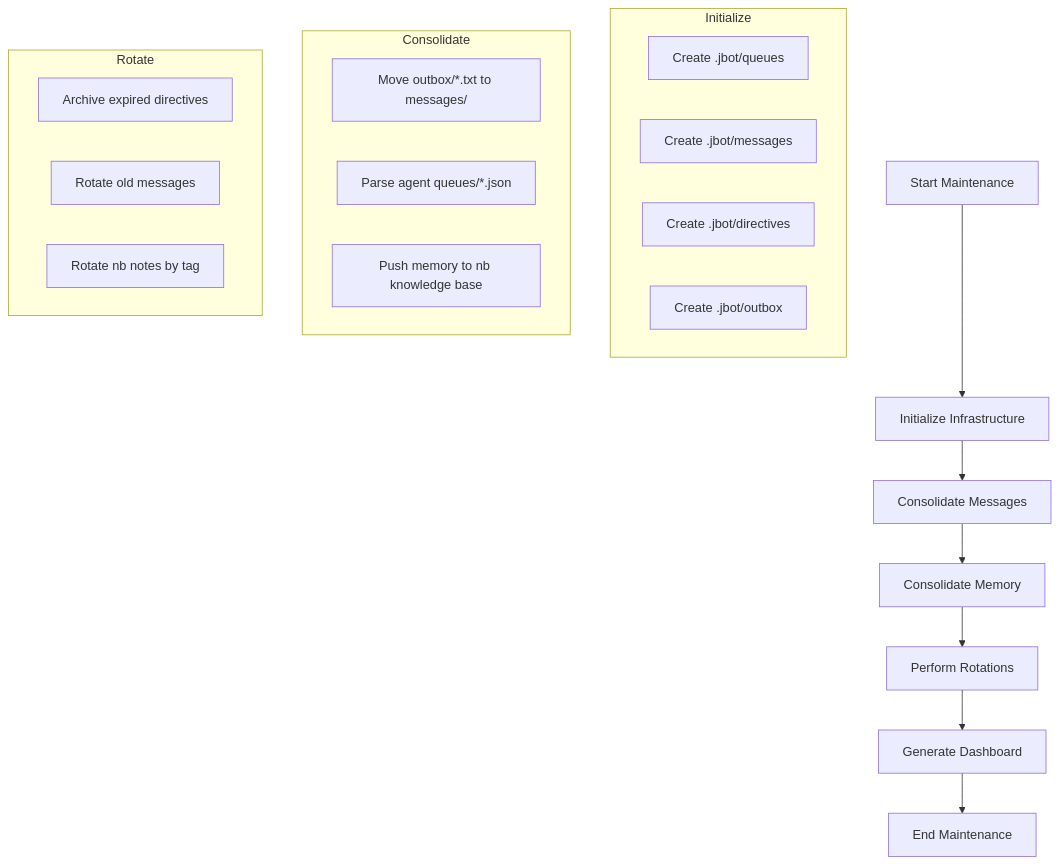
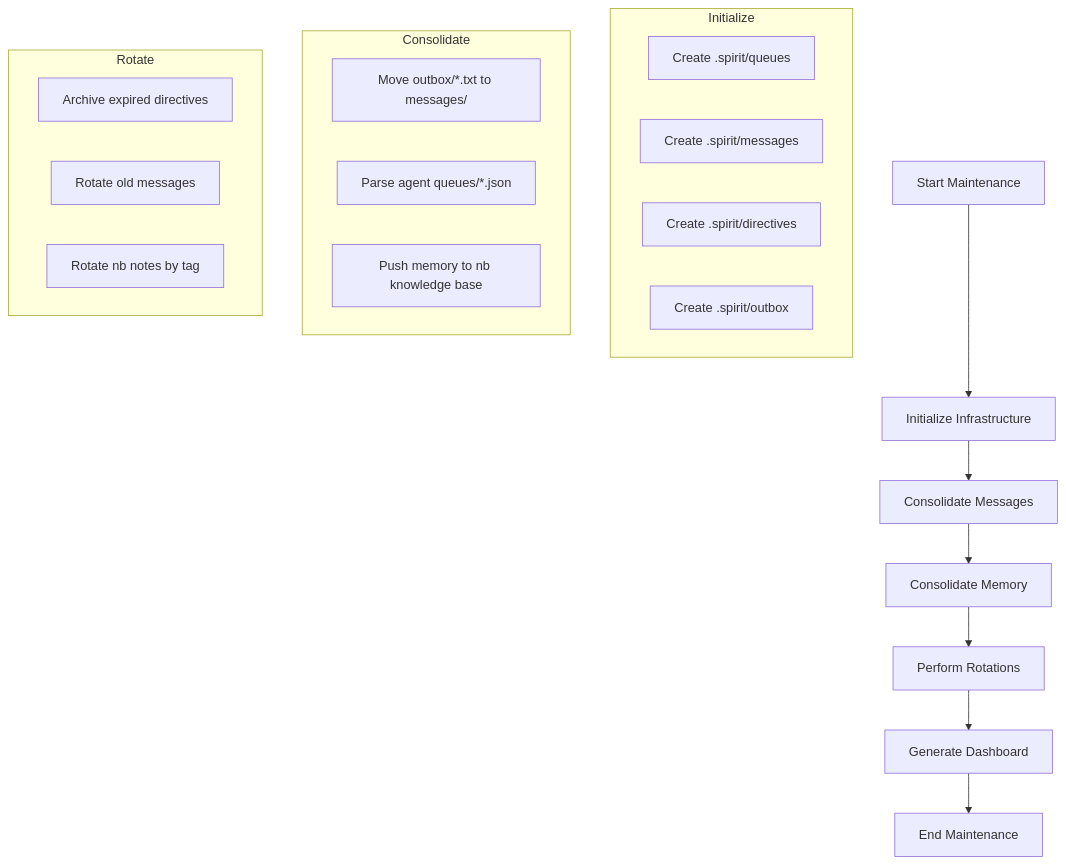
One commit to kodicw/nixspirit changed the fifth of 14 diagrams in INDEX.md. Above: the diagram before and after it, drawn with Mermaid. The commit also changed other lines of this file and 35 other files, not shown here.

````diff
--- a/INDEX.md
+++ b/INDEX.md
@@ -151,28 +151,28 @@
 ```mermaid
 graph TD
     A[Start Maintenance] --> B[Initialize Infrastructure]
     B --> C[Consolidate Messages]
     C --> D[Consolidate Memory]
     D --> E[Perform Rotations]
     E --> F[Generate Dashboard]
     F --> G[End Maintenance]
 
     subgraph Initialize
-        B1[Create .jbot/queues]
-        B2[Create .jbot/messages]
-        B3[Create .jbot/directives]
-        B4[Create .jbot/outbox]
+        B1[Create .spirit/queues]
+        B2[Create .spirit/messages]
+        B3[Create .spirit/directives]
+        B4[Create .spirit/outbox]
     end
 
     subgraph Consolidate
         C1[Move outbox/*.txt to messages/]
         D1[Parse agent queues/*.json]
         D2[Push memory to nb knowledge base]
     end
 
     subgraph Rotate
         E1[Archive expired directives]
         E2[Rotate old messages]
         E3[Rotate nb notes by tag]
     end
 ```
````
